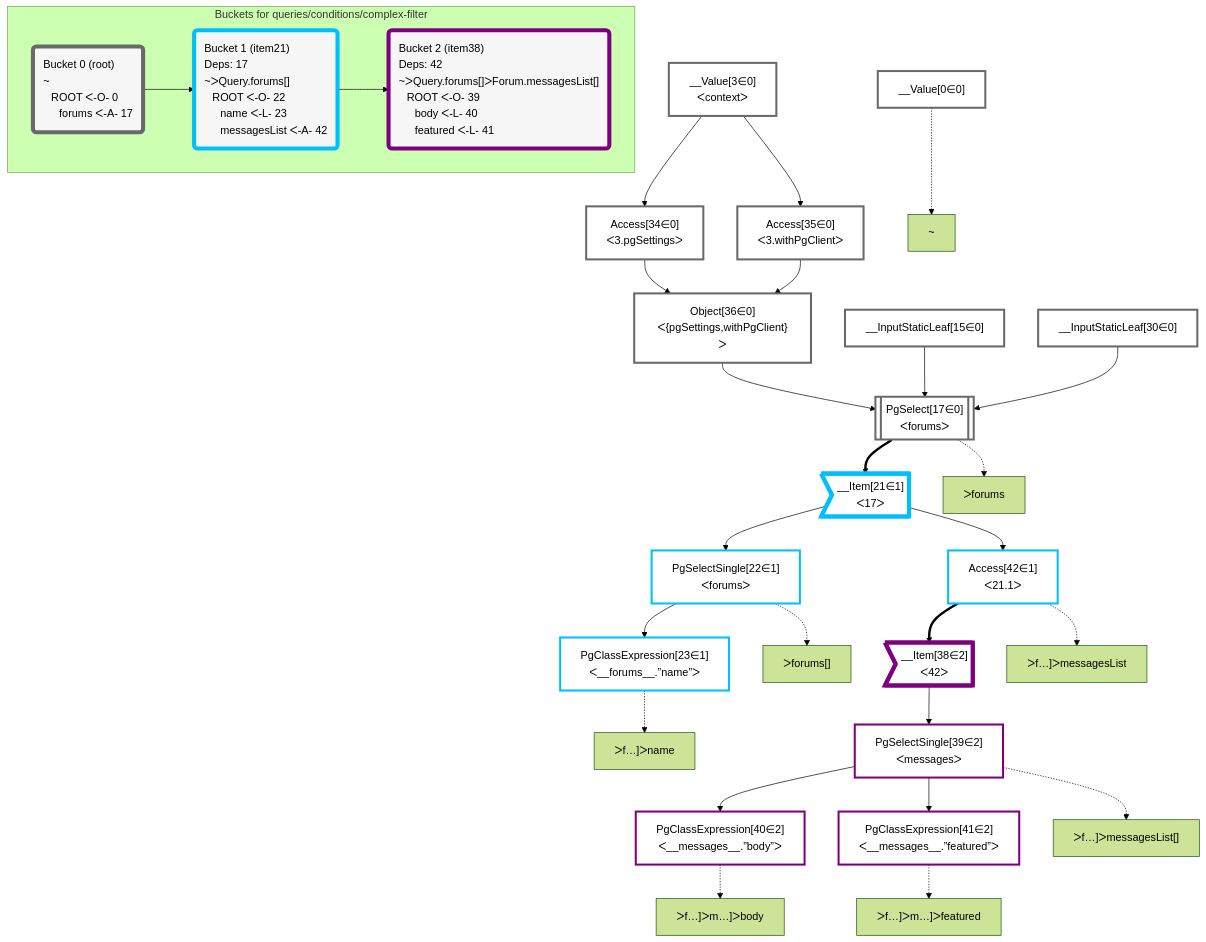
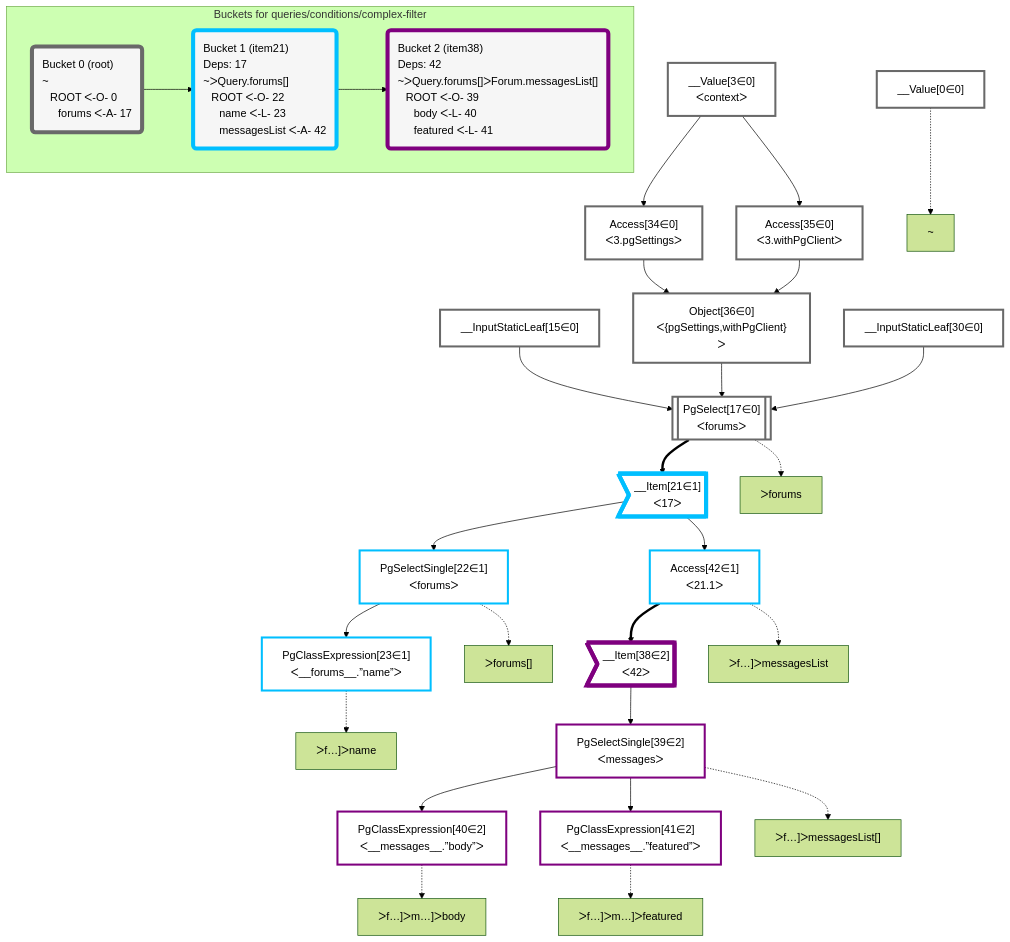
One commit to graphile/crystal changed the diagram in packages/dataplan-pg/__tests__/queries/conditions/complex-filter.mermaid.md. Above: the diagram before and after it, drawn with Mermaid (forest theme). The commit also changed other lines of this file and 195 other files, not shown here.

Commit message:
Reorder graphs

````diff
--- a/packages/dataplan-pg/__tests__/queries/conditions/complex-filter.mermaid.md
+++ b/packages/dataplan-pg/__tests__/queries/conditions/complex-filter.mermaid.md
@@ -1,73 +1,73 @@
 ```mermaid
 graph TD
     classDef path fill:#eee,stroke:#000,color:#000
     classDef plan fill:#fff,stroke-width:3px,color:#000
     classDef itemplan fill:#fff,stroke-width:6px,color:#000
     classDef sideeffectplan fill:#f00,stroke-width:6px,color:#000
     classDef bucket fill:#f6f6f6,color:#000,stroke-width:6px,text-align:left
 
 
     %% define plans
     __Value0["__Value[0∈0]"]:::plan
+    __Value3["__Value[3∈0]<br />ᐸcontextᐳ"]:::plan
+    __InputStaticLeaf15["__InputStaticLeaf[15∈0]"]:::plan
+    Access34["Access[34∈0]<br />ᐸ3.pgSettingsᐳ"]:::plan
+    Access35["Access[35∈0]<br />ᐸ3.withPgClientᐳ"]:::plan
+    Object36["Object[36∈0]<br />ᐸ{pgSettings,withPgClient}ᐳ"]:::plan
+    __InputStaticLeaf30["__InputStaticLeaf[30∈0]"]:::plan
+    PgSelect17[["PgSelect[17∈0]<br />ᐸforumsᐳ"]]:::plan
+    __Item21>"__Item[21∈1]<br />ᐸ17ᐳ"]:::itemplan
+    PgSelectSingle22["PgSelectSingle[22∈1]<br />ᐸforumsᐳ"]:::plan
     PgClassExpression23["PgClassExpression[23∈1]<br />ᐸ__forums__.”name”ᐳ"]:::plan
-    PgSelectSingle22["PgSelectSingle[22∈1]<br />ᐸforumsᐳ"]:::plan
+    Access42["Access[42∈1]<br />ᐸ21.1ᐳ"]:::plan
+    __Item38>"__Item[38∈2]<br />ᐸ42ᐳ"]:::itemplan
+    PgSelectSingle39["PgSelectSingle[39∈2]<br />ᐸmessagesᐳ"]:::plan
     PgClassExpression40["PgClassExpression[40∈2]<br />ᐸ__messages__.”body”ᐳ"]:::plan
     PgClassExpression41["PgClassExpression[41∈2]<br />ᐸ__messages__.”featured”ᐳ"]:::plan
-    PgSelectSingle39["PgSelectSingle[39∈2]<br />ᐸmessagesᐳ"]:::plan
-    __Item38>"__Item[38∈2]<br />ᐸ42ᐳ"]:::itemplan
-    Access42["Access[42∈1]<br />ᐸ21.1ᐳ"]:::plan
-    __Item21>"__Item[21∈1]<br />ᐸ17ᐳ"]:::itemplan
-    PgSelect17[["PgSelect[17∈0]<br />ᐸforumsᐳ"]]:::plan
-    Object36["Object[36∈0]<br />ᐸ{pgSettings,withPgClient}ᐳ"]:::plan
-    Access34["Access[34∈0]<br />ᐸ3.pgSettingsᐳ"]:::plan
-    Access35["Access[35∈0]<br />ᐸ3.withPgClientᐳ"]:::plan
-    __Value3["__Value[3∈0]<br />ᐸcontextᐳ"]:::plan
-    __InputStaticLeaf15["__InputStaticLeaf[15∈0]"]:::plan
-    __InputStaticLeaf30["__InputStaticLeaf[30∈0]"]:::plan
 
     %% plan dependencies
+    __Value3 --> Access34
+    __Value3 --> Access35
+    Access34 & Access35 --> Object36
+    Object36 & __InputStaticLeaf15 & __InputStaticLeaf30 --> PgSelect17
+    PgSelect17 ==> __Item21
+    __Item21 --> PgSelectSingle22
     PgSelectSingle22 --> PgClassExpression23
-    __Item21 --> PgSelectSingle22
+    __Item21 --> Access42
+    Access42 ==> __Item38
+    __Item38 --> PgSelectSingle39
     PgSelectSingle39 --> PgClassExpression40
     PgSelectSingle39 --> PgClassExpression41
-    __Item38 --> PgSelectSingle39
-    Access42 ==> __Item38
-    __Item21 --> Access42
-    PgSelect17 ==> __Item21
-    Object36 & __InputStaticLeaf15 & __InputStaticLeaf30 --> PgSelect17
-    Access34 & Access35 --> Object36
-    __Value3 --> Access34
-    __Value3 --> Access35
 
     %% plan-to-path relationships
     P0["~"]
     __Value0 -.-> P0
     P17["ᐳforums"]
     PgSelect17 -.-> P17
     P22["ᐳforums[]"]
     PgSelectSingle22 -.-> P22
     P23["ᐳf…]ᐳname"]
     PgClassExpression23 -.-> P23
     P39["ᐳf…]ᐳmessagesList[]"]
     PgSelectSingle39 -.-> P39
     P40["ᐳf…]ᐳm…]ᐳbody"]
     PgClassExpression40 -.-> P40
     P41["ᐳf…]ᐳm…]ᐳfeatured"]
     PgClassExpression41 -.-> P41
     P42["ᐳf…]ᐳmessagesList"]
     Access42 -.-> P42
 
     subgraph "Buckets for queries/conditions/complex-filter"
     Bucket0("Bucket 0 (root)<br />~<br />⠀ROOT ᐸ-O- 0<br />⠀⠀forums ᐸ-A- 17"):::bucket
     classDef bucket0 stroke:#696969
     class Bucket0,__Value0,__Value3,__InputStaticLeaf15,PgSelect17,__InputStaticLeaf30,Access34,Access35,Object36 bucket0
     Bucket1("Bucket 1 (item21)<br />Deps: 17<br />~ᐳQuery.forums[]<br />⠀ROOT ᐸ-O- 22<br />⠀⠀name ᐸ-L- 23<br />⠀⠀messagesList ᐸ-A- 42"):::bucket
     classDef bucket1 stroke:#00bfff
     class Bucket1,__Item21,PgSelectSingle22,PgClassExpression23,Access42 bucket1
     Bucket2("Bucket 2 (item38)<br />Deps: 42<br />~ᐳQuery.forums[]ᐳForum.messagesList[]<br />⠀ROOT ᐸ-O- 39<br />⠀⠀body ᐸ-L- 40<br />⠀⠀featured ᐸ-L- 41"):::bucket
     classDef bucket2 stroke:#7f007f
     class Bucket2,__Item38,PgSelectSingle39,PgClassExpression40,PgClassExpression41 bucket2
     Bucket0 --> Bucket1
     Bucket1 --> Bucket2
     end
 ```
````
